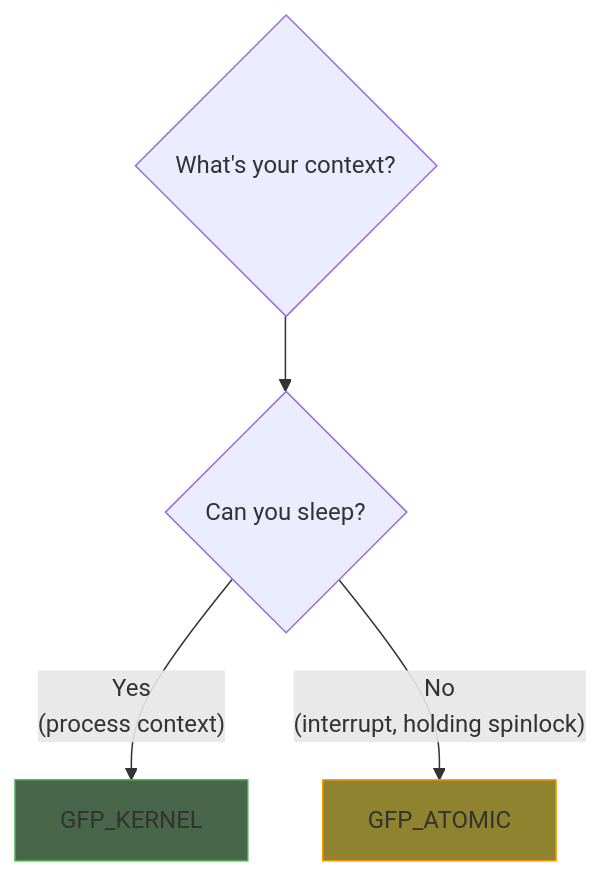
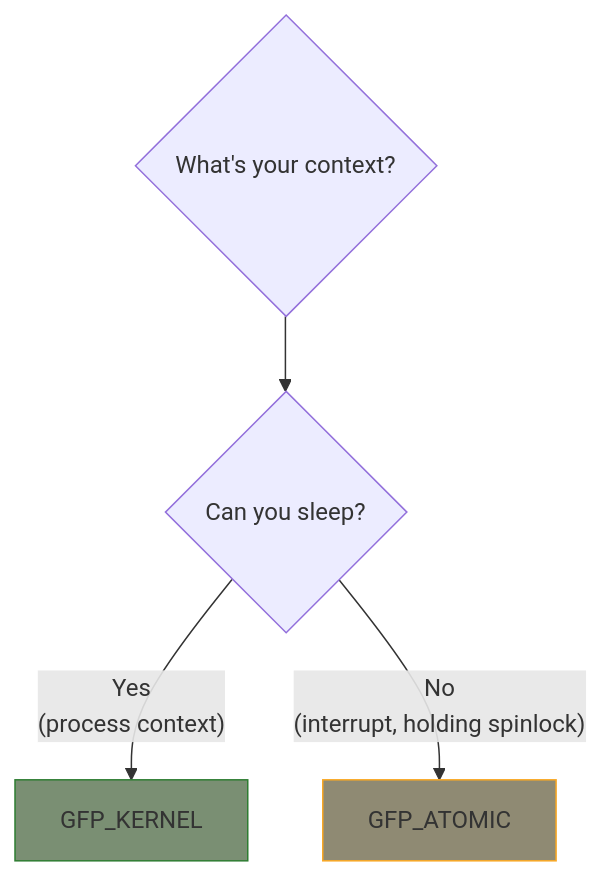
Before and after one commit to MichaelTien8901/linux-driver-guide-tutorial: the diagram in part5/02-gfp-flags.md, drawn with Mermaid. The commit also changed 36 other files, not shown here.

Commit message:
Fix mermaid diagram colors to use consistent paper-like theme

````diff
--- a/part5/02-gfp-flags.md
+++ b/part5/02-gfp-flags.md
@@ -14,12 +14,12 @@
 ```mermaid
 flowchart TD
     Context{"What's your context?"}
     Sleep{"Can you sleep?"}
 
     Context --> Sleep
     Sleep -->|"Yes<br/>(process context)"| Kernel["GFP_KERNEL"]
     Sleep -->|"No<br/>(interrupt, holding spinlock)"| Atomic["GFP_ATOMIC"]
 
-    style Kernel fill:#486649,stroke:#4caf50
-    style Atomic fill:#8f8330,stroke:#ff9800
+    style Kernel fill:#7a8f73,stroke:#2e7d32
+    style Atomic fill:#8f8a73,stroke:#f9a825
 ```
````
